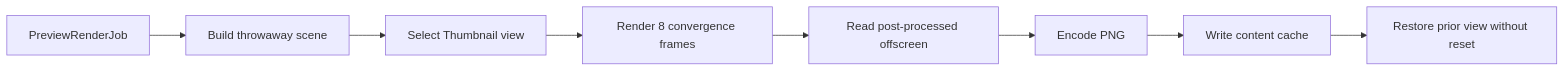
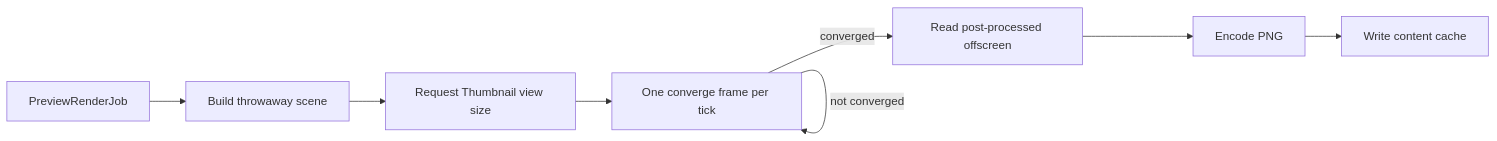
One commit to saffronjam/SaffronEngine changed the diagram in docs/content/explanations/ui-and-editor/mesh-thumbnails.md. Above: the diagram before and after it, drawn with Mermaid. The commit also changed other lines of this file and 3 other files, not shown here.

````diff
--- a/docs/content/explanations/ui-and-editor/mesh-thumbnails.md
+++ b/docs/content/explanations/ui-and-editor/mesh-thumbnails.md
@@ -43,10 +45,10 @@
 ```mermaid
 flowchart LR
     A[PreviewRenderJob] --> B[Build throwaway scene]
-    B --> C[Select Thumbnail view]
-    C --> D[Render 8 convergence frames]
-    D --> E[Read post-processed offscreen]
+    B --> C[Request Thumbnail view size]
+    C --> D[One converge frame per tick]
+    D -->|not converged| D
+    D -->|converged| E[Read post-processed offscreen]
     E --> F[Encode PNG]
     F --> G[Write content cache]
-    G --> H[Restore prior view without reset]
 ```
````
